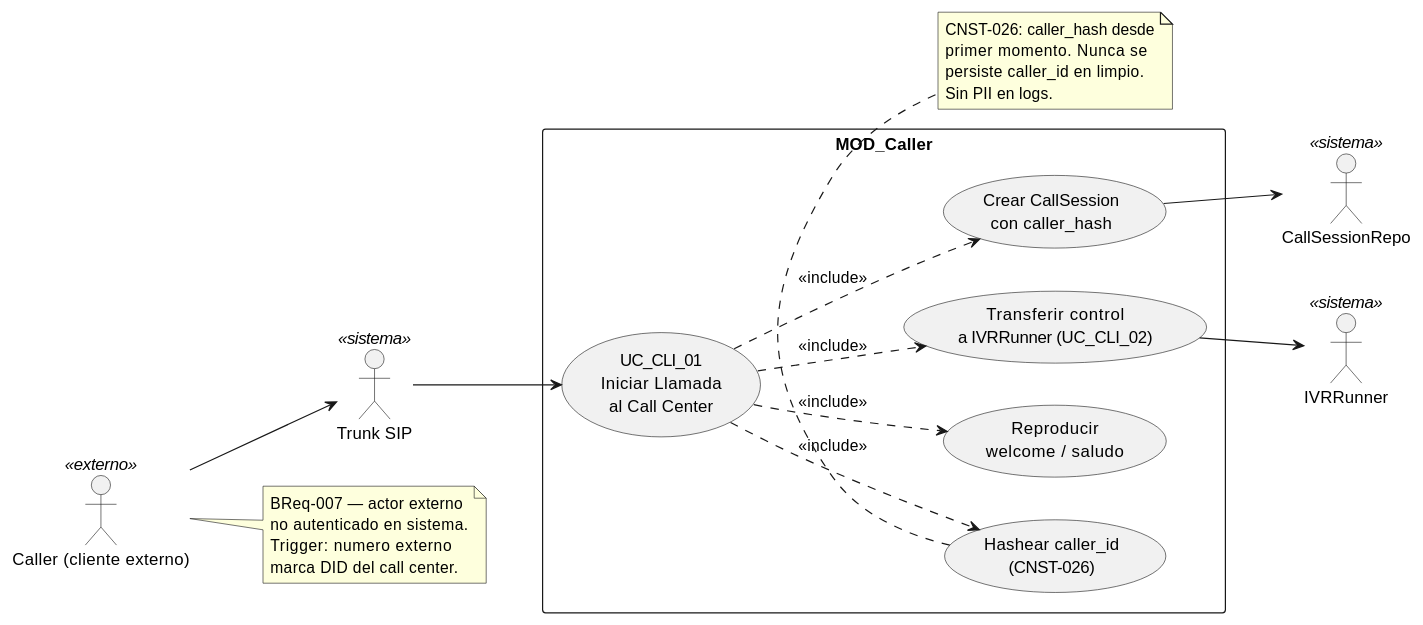
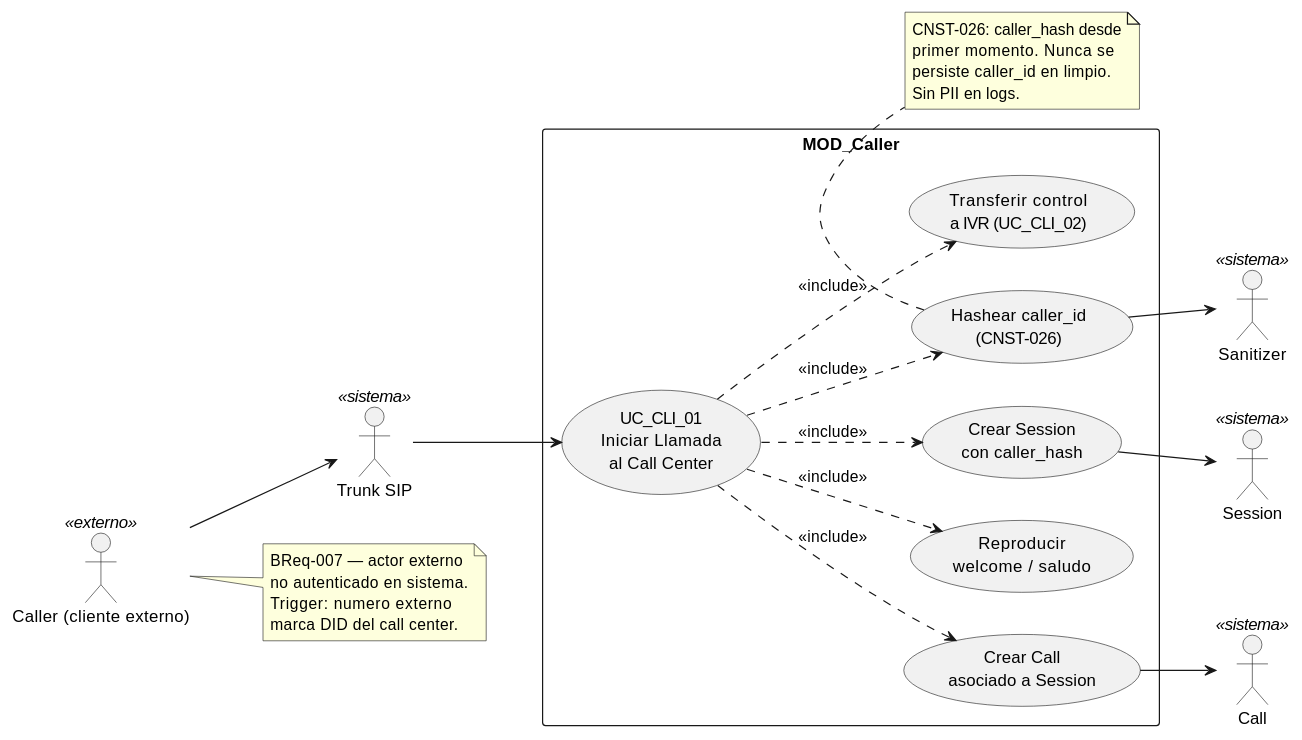
The diagram in source/requisitos/casos-uso/caller/uc-cli-01/diagramas-uml/diagrama-de-caso-de-uso.rst (jcg-admin/IACT-docs), drawn with PlantUML before and after one commit. The commit also changed other lines of this file and 52 other files, not shown here.

```diff
--- a/source/requisitos/casos-uso/caller/uc-cli-01/diagramas-uml/diagrama-de-caso-de-uso.rst
+++ b/source/requisitos/casos-uso/caller/uc-cli-01/diagramas-uml/diagrama-de-caso-de-uso.rst
@@ -4,46 +4,50 @@
 .. uml::
  :caption: UC_CLI_01 — actores y casos asociados
 
  @startuml
 
  left to right direction
 
  actor "Caller (cliente externo)" as CALLER <<externo>>
  actor "Trunk SIP" as TRUNK <<sistema>>
- actor "IVRRunner" as IVR <<sistema>>
- actor "CallSessionRepo" as REPO <<sistema>>
+ actor "Session" as SESSION <<sistema>>
+ actor "Call" as CALL <<sistema>>
+ actor "Sanitizer" as SAN <<sistema>>
 
  rectangle "MOD_Caller" {
    usecase "UC_CLI_01\nIniciar Llamada\nal Call Center" as UC_CLI_01
    usecase "Reproducir\nwelcome / saludo" as WELCOME
    usecase "Hashear caller_id\n(CNST-026)" as HASH
-   usecase "Crear CallSession\ncon caller_hash" as CREATE
-   usecase "Transferir control\na IVRRunner (UC_CLI_02)" as HANDOFF
+   usecase "Crear Session\ncon caller_hash" as CREATE_SESSION
+   usecase "Crear Call\nasociado a Session" as CREATE_CALL
+   usecase "Transferir control\na IVR (UC_CLI_02)" as HANDOFF
  }
 
  CALLER --> TRUNK
  TRUNK --> UC_CLI_01
 
  UC_CLI_01 ..> WELCOME : <<include>>
  UC_CLI_01 ..> HASH : <<include>>
- UC_CLI_01 ..> CREATE : <<include>>
+ UC_CLI_01 ..> CREATE_SESSION : <<include>>
+ UC_CLI_01 ..> CREATE_CALL : <<include>>
  UC_CLI_01 ..> HANDOFF : <<include>>
 
- CREATE --> REPO
- HANDOFF --> IVR
+ HASH --> SAN
+ CREATE_SESSION --> SESSION
+ CREATE_CALL --> CALL
 
  note bottom of HASH
    CNST-026: caller_hash desde
    primer momento. Nunca se
    persiste caller_id en limpio.
    Sin PII en logs.
  end note
 
  note right of CALLER
    BReq-007 — actor externo
    no autenticado en sistema.
    Trigger: numero externo
    marca DID del call center.
  end note
 
  @enduml
```
